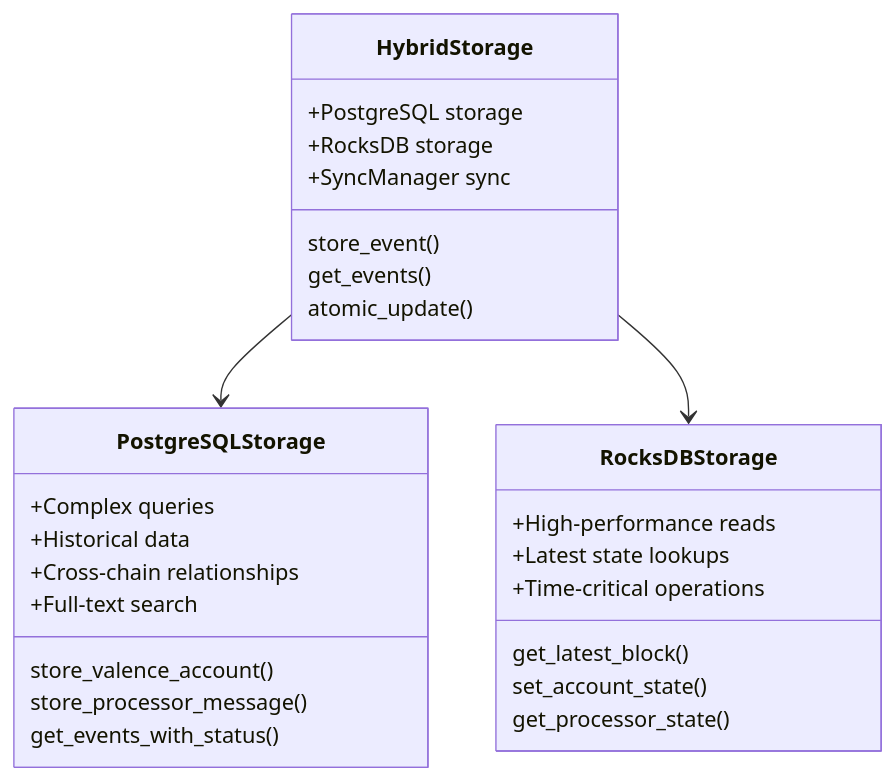
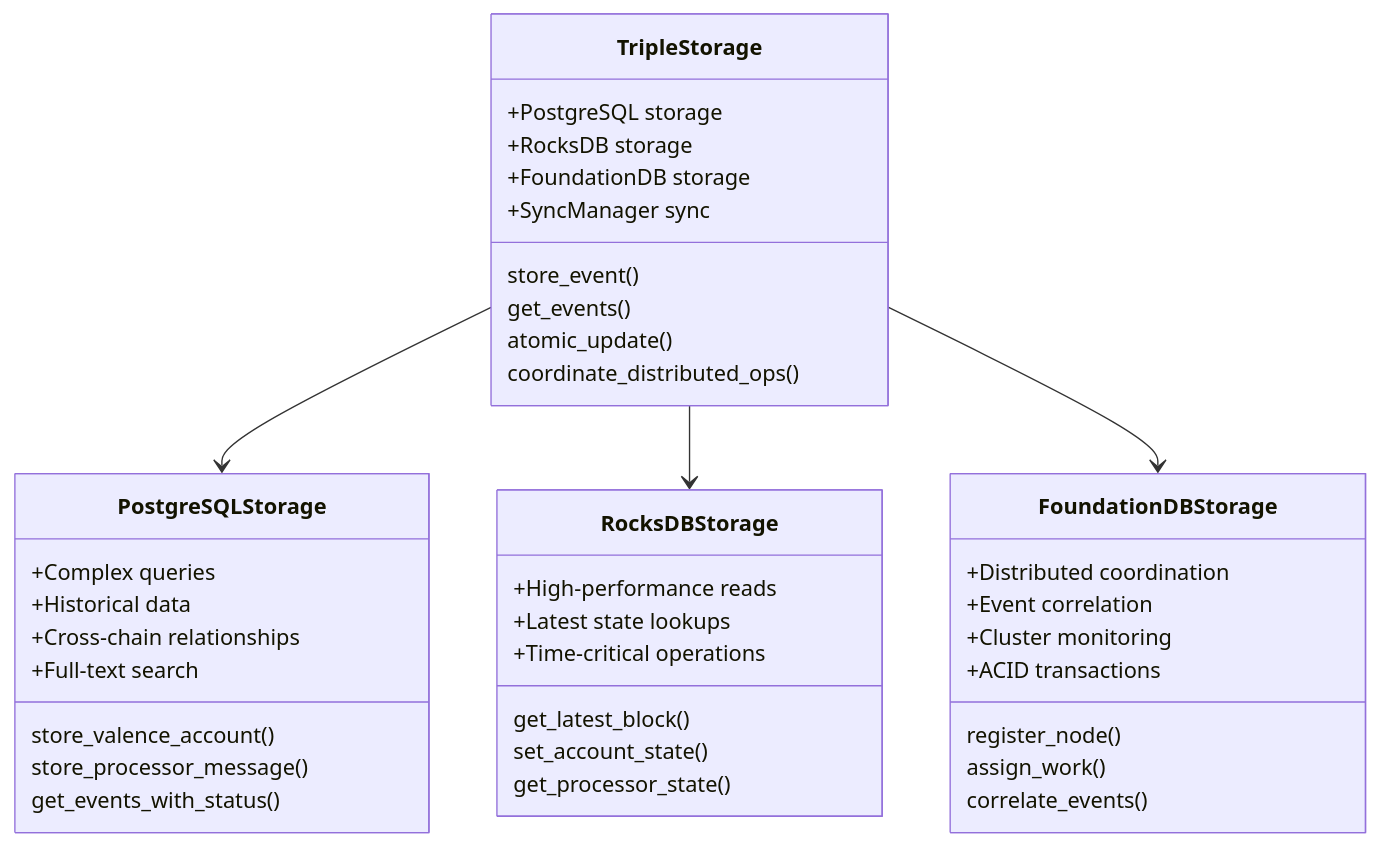
One commit to timewave-computer/almanac changed the fourth of 6 diagrams in docs/001_architecture.md. Above: the diagram before and after it, drawn with Mermaid. The commit also changed other lines of this file and 278 other files, not shown here.

````diff
--- a/docs/001_architecture.md
+++ b/docs/001_architecture.md
@@ -112,33 +123,46 @@
 ```mermaid
 classDiagram
-    class HybridStorage {
+    class TripleStorage {
         +PostgreSQL storage
-        +RocksDB storage
+        +RocksDB storage  
+        +FoundationDB storage
         +SyncManager sync
         store_event()
         get_events()
         atomic_update()
+        coordinate_distributed_ops()
     }
     
     class PostgreSQLStorage {
         +Complex queries
         +Historical data
         +Cross-chain relationships
         +Full-text search
         store_valence_account()
         store_processor_message()
         get_events_with_status()
     }
     
     class RocksDBStorage {
         +High-performance reads
         +Latest state lookups
         +Time-critical operations
         get_latest_block()
         set_account_state()
         get_processor_state()
     }
     
-    HybridStorage --> PostgreSQLStorage
-    HybridStorage --> RocksDBStorage
+    class FoundationDBStorage {
+        +Distributed coordination
+        +Event correlation
+        +Cluster monitoring
+        +ACID transactions
+        register_node()
+        assign_work()
+        correlate_events()
+    }
+    
+    TripleStorage --> PostgreSQLStorage
+    TripleStorage --> RocksDBStorage
+    TripleStorage --> FoundationDBStorage
 ```
````
